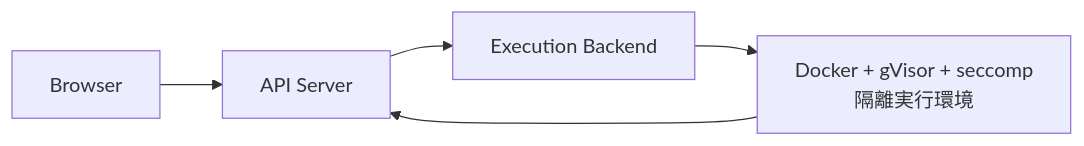
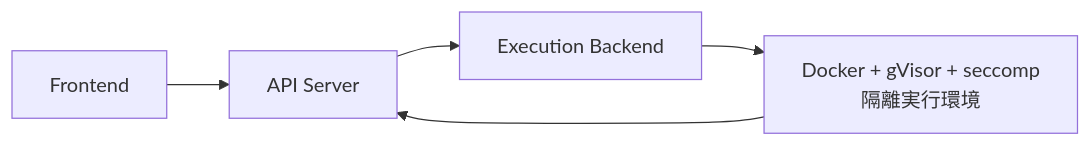
Before and after one commit to shouk12345/Web-Code-Runner: the diagram in README.md, drawn with Mermaid. The commit also changed other lines of this file and 3 other files, not shown here.

````diff
--- a/README.md
+++ b/README.md
@@ -25,7 +25,7 @@
 ```mermaid
 flowchart LR
-    A[Browser] --> B[API Server]
+    A[Frontend] --> B[API Server]
     B --> C[Execution Backend]
     C --> D[Docker + gVisor + seccomp<br/>隔離実行環境]
     D --> B
 ```
````
